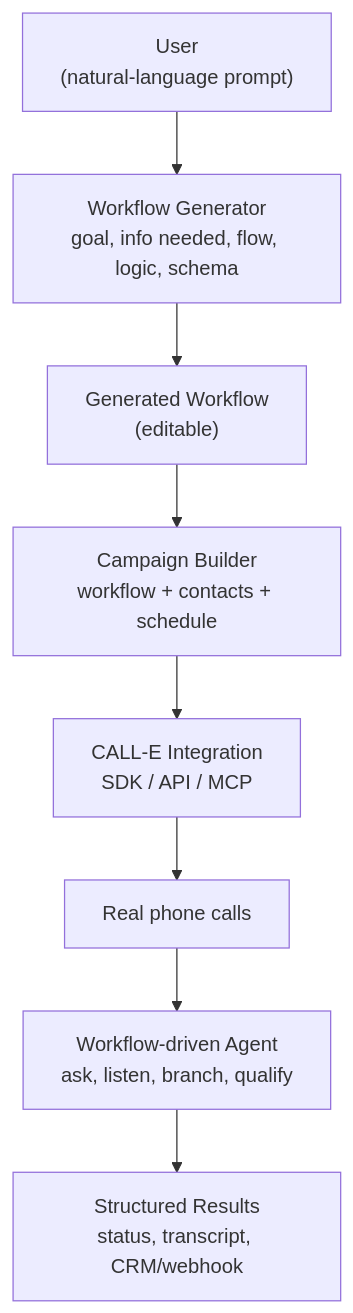
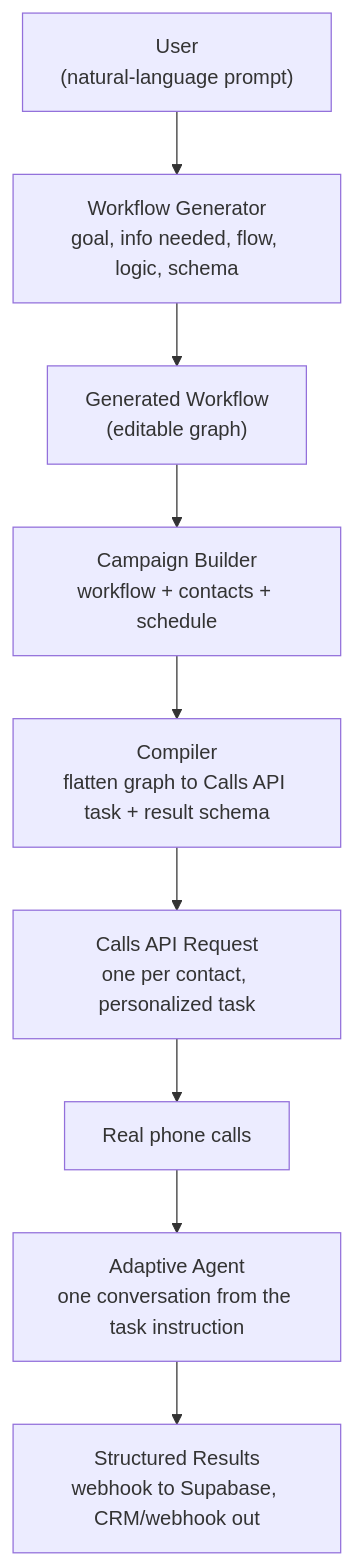
One commit to srijan399/veyra changed the first of 3 diagrams in README.md. Above: the diagram before and after it, drawn with Mermaid. The commit also changed other lines of this file and 10 other files, not shown here.

````diff
--- a/README.md
+++ b/README.md
@@ -33,10 +35,11 @@
 ```mermaid
 flowchart TD
 A["User<br/>(natural-language prompt)"] --> B["Workflow Generator<br/>goal, info needed, flow, logic, schema"]
-B --> C["Generated Workflow<br/>(editable)"]
+B --> C["Generated Workflow<br/>(editable graph)"]
 C --> D["Campaign Builder<br/>workflow + contacts + schedule"]
-D --> E["CALL-E Integration<br/>SDK / API / MCP"]
-E --> F["Real phone calls"]
-F --> G["Workflow-driven Agent<br/>ask, listen, branch, qualify"]
-G --> H["Structured Results<br/>status, transcript, CRM/webhook"]
+D --> E["Compiler<br/>flatten graph to Calls API task + result schema"]
+E --> F["Calls API Request<br/>one per contact, personalized task"]
+F --> G["Real phone calls"]
+G --> H["Adaptive Agent<br/>one conversation from the task instruction"]
+H --> I["Structured Results<br/>webhook to Supabase, CRM/webhook out"]
 ```
````
